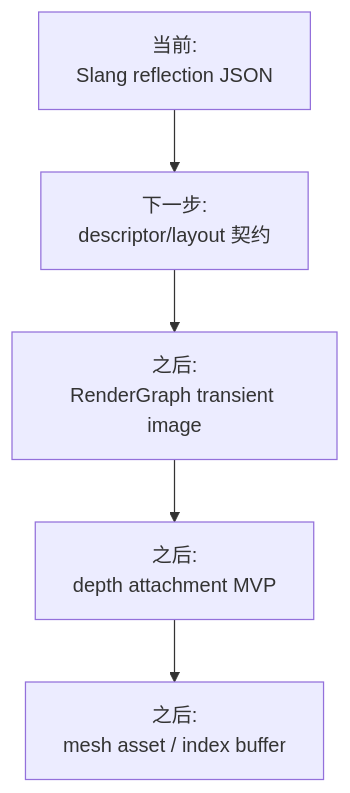
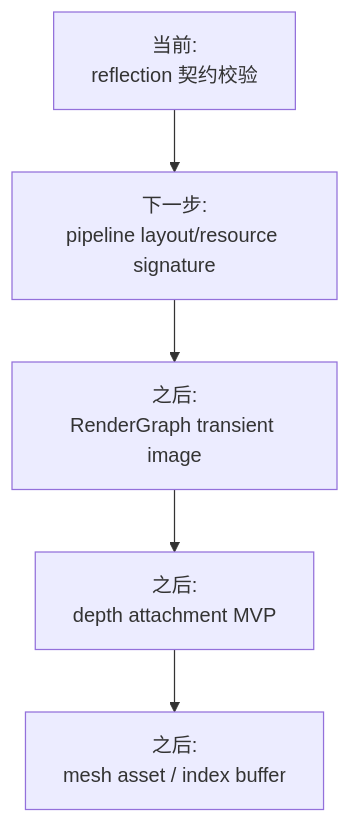
One commit to 66six11/Engine changed the ninth of 9 diagrams in docs/flow-architecture.md. Above: the diagram before and after it, drawn with Mermaid. The commit also changed other lines of this file and 6 other files, not shown here.

````diff
--- a/docs/flow-architecture.md
+++ b/docs/flow-architecture.md
@@ -266,10 +266,10 @@
 ```mermaid
 flowchart TD
-    Now["当前:<br/>Slang reflection JSON"]
-    Step1["下一步:<br/>descriptor/layout 契约"]
+    Now["当前:<br/>reflection 契约校验"]
+    Step1["下一步:<br/>pipeline layout/resource signature"]
     Step2["之后:<br/>RenderGraph transient image"]
     Step3["之后:<br/>depth attachment MVP"]
     Step4["之后:<br/>mesh asset / index buffer"]
 
     Now --> Step1 --> Step2 --> Step3 --> Step4
 ```
````
